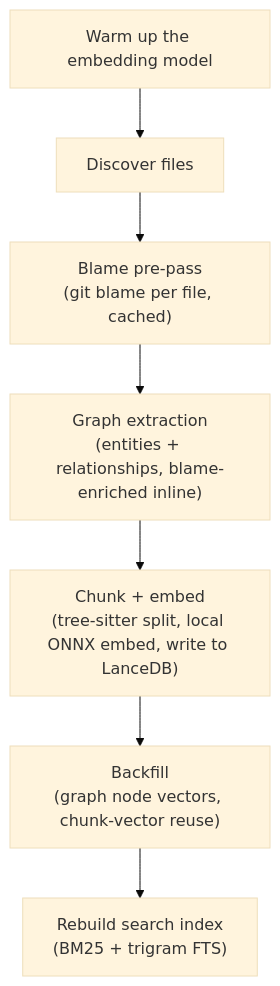
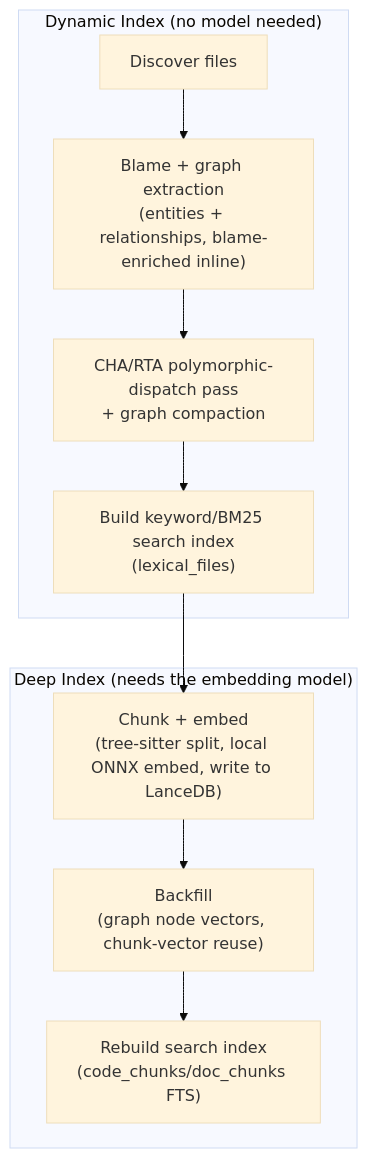
One commit to Contextual-Laboratories/Contextual-Labs changed the diagram in docs/indexing/explanation/how-indexing-works.md. Above: the diagram before and after it, drawn with Mermaid (base theme). The commit also changed other lines of this file and 31 other files, not shown here.

````diff
--- a/docs/indexing/explanation/how-indexing-works.md
+++ b/docs/indexing/explanation/how-indexing-works.md
@@ -23,9 +26,13 @@
 ```mermaid
 flowchart TD
-    A[Warm up the embedding model] --> B[Discover files]
-    B --> C["Blame pre-pass\n(git blame per file, cached)"]
-    C --> D["Graph extraction\n(entities + relationships, blame-enriched inline)"]
-    D --> E["Chunk + embed\n(tree-sitter split, local ONNX embed, write to LanceDB)"]
-    E --> F["Backfill\n(graph node vectors, chunk-vector reuse)"]
-    F --> G["Rebuild search index\n(BM25 + trigram FTS)"]
+    subgraph dyn["Dynamic Index (no model needed)"]
+        A[Discover files] --> B["Blame + graph extraction\n(entities + relationships, blame-enriched inline)"]
+        B --> C["CHA/RTA polymorphic-dispatch pass\n+ graph compaction"]
+        C --> D["Build keyword/BM25 search index\n(lexical_files)"]
+    end
+    D --> E
+    subgraph deep["Deep Index (needs the embedding model)"]
+        E["Chunk + embed\n(tree-sitter split, local ONNX embed, write to LanceDB)"] --> F["Backfill\n(graph node vectors, chunk-vector reuse)"]
+        F --> G["Rebuild search index\n(code_chunks/doc_chunks FTS)"]
+    end
 ```
````
